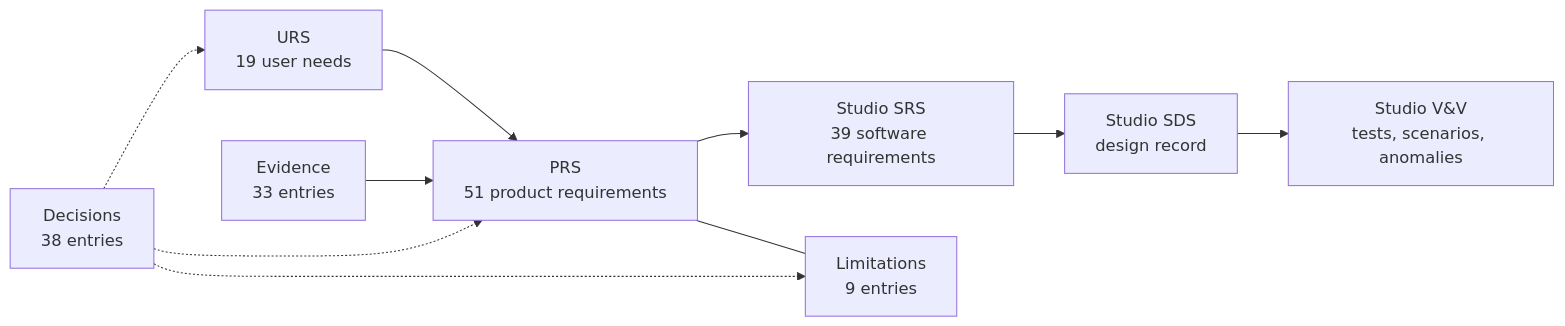
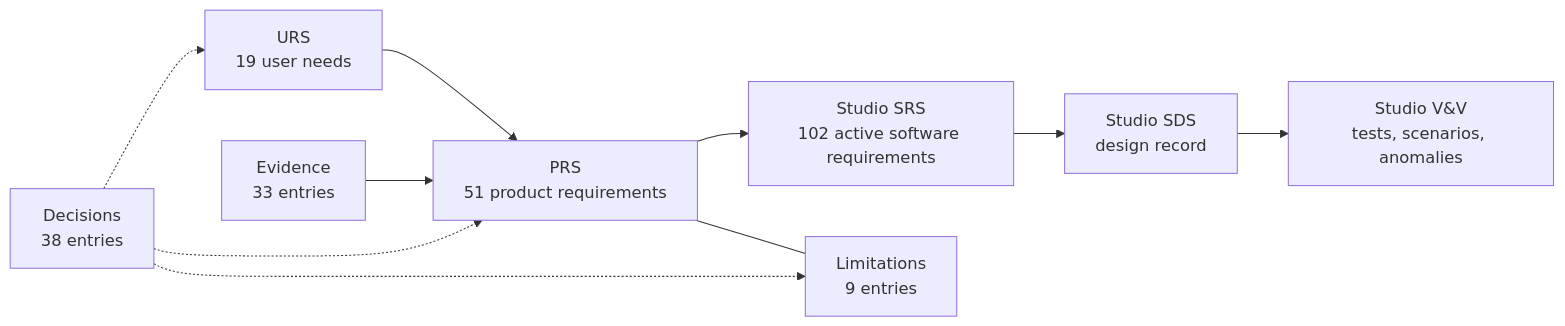
One commit to Jwlee-IL/G-CAM-Simulator changed the diagram in docs/VV.Gcam.Overview.md. Above: the diagram before and after it, drawn with Mermaid. The commit also changed other lines of this file and 20 other files, not shown here.

````diff
--- a/docs/VV.Gcam.Overview.md
+++ b/docs/VV.Gcam.Overview.md
@@ -83,12 +83,12 @@
 ```mermaid
 flowchart LR
     URS["URS<br/>19 user needs"] --> PRS["PRS<br/>51 product requirements"]
-    PRS --> SRS["Studio SRS<br/>39 software requirements"]
+    PRS --> SRS["Studio SRS<br/>102 active software requirements"]
     SRS --> SDS["Studio SDS<br/>design record"]
     SDS --> VVS["Studio V&V<br/>tests, scenarios, anomalies"]
     EV["Evidence<br/>33 entries"] --> PRS
     PRS --- LIM["Limitations<br/>9 entries"]
     DEC["Decisions<br/>38 entries"] -.-> URS
     DEC -.-> PRS
     DEC -.-> LIM
 ```
````
